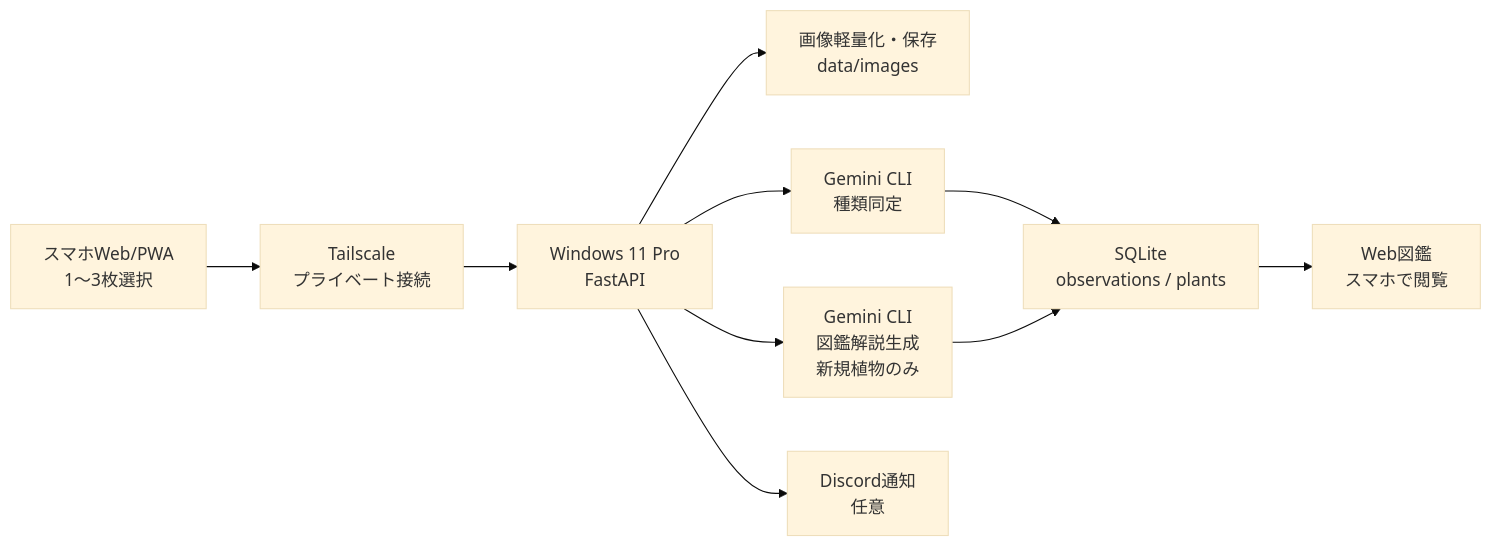
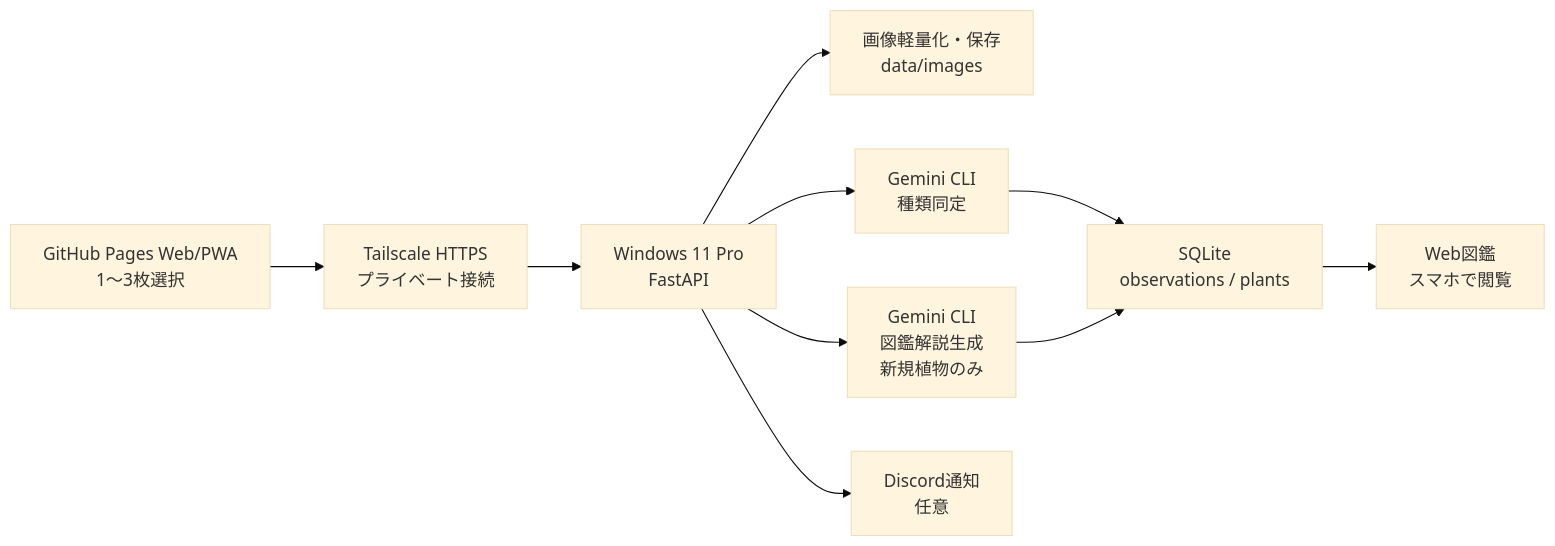
One commit to harunamitrader/AI-Plantgraphy changed the diagram in docs/SPECIFICATION.md. Above: the diagram before and after it, drawn with Mermaid (base theme). The commit also changed other lines of this file and 8 other files, not shown here.

````diff
--- a/docs/SPECIFICATION.md
+++ b/docs/SPECIFICATION.md
@@ -58,12 +58,12 @@
 ```mermaid
 flowchart LR
-  A["スマホWeb/PWA<br/>1〜3枚選択"] --> B["Tailscale<br/>プライベート接続"]
+  A["GitHub Pages Web/PWA<br/>1〜3枚選択"] --> B["Tailscale HTTPS<br/>プライベート接続"]
   B --> C["Windows 11 Pro<br/>FastAPI"]
   C --> D["画像軽量化・保存<br/>data/images"]
   C --> E["Gemini CLI<br/>種類同定"]
   E --> F["SQLite<br/>observations / plants"]
   C --> I["Gemini CLI<br/>図鑑解説生成<br/>新規植物のみ"]
   I --> F
   F --> G["Web図鑑<br/>スマホで閲覧"]
   C --> H["Discord通知<br/>任意"]
 ```
````
